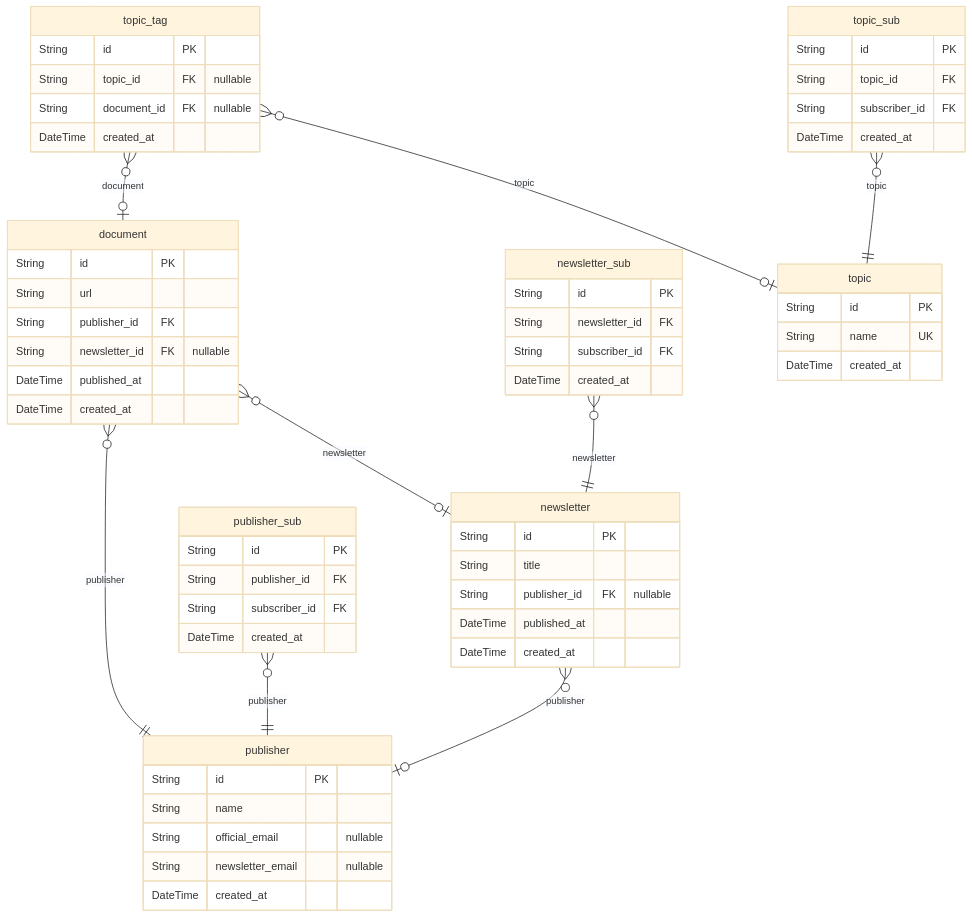
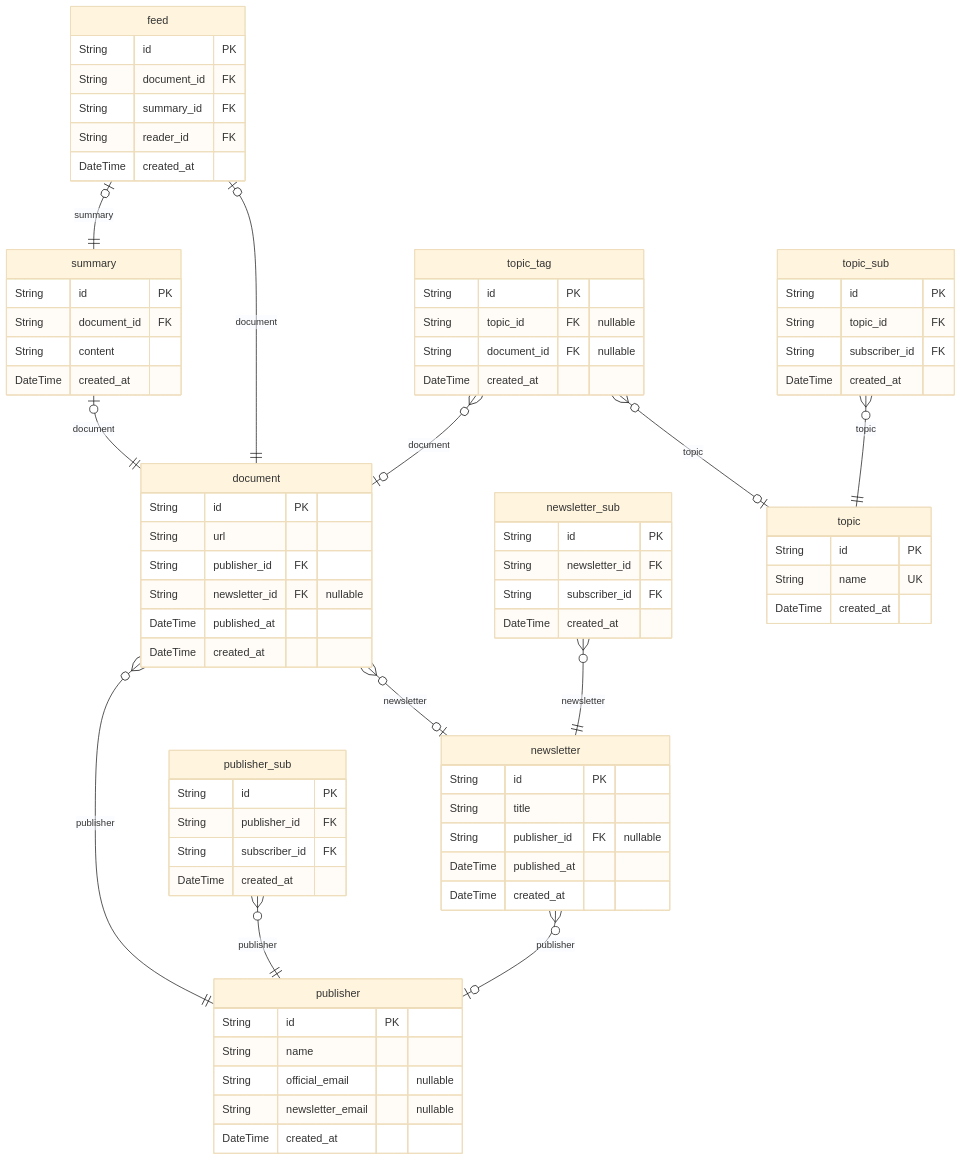
The second of 2 diagrams in docs/ERD.md (Mailly-Project/Mailly-BE), drawn with Mermaid (base theme) before and after one commit. The commit also changed other lines of this file and 2 other files, not shown here.

Commit message:
feat: summary, feed entity

````diff
--- a/docs/ERD.md
+++ b/docs/ERD.md
@@ -178,62 +178,78 @@
 ```mermaid
 erDiagram
 "document" {
   String id PK
   String url
   String publisher_id FK
   String newsletter_id FK "nullable"
   DateTime published_at
+  DateTime created_at
+}
+"summary" {
+  String id PK
+  String document_id FK
+  String content
+  DateTime created_at
+}
+"feed" {
+  String id PK
+  String document_id FK
+  String summary_id FK
+  String reader_id FK
   DateTime created_at
 }
 "publisher" {
   String id PK
   String name
   String official_email "nullable"
   String newsletter_email "nullable"
   DateTime created_at
 }
 "publisher_sub" {
   String id PK
   String publisher_id FK
   String subscriber_id FK
   DateTime created_at
 }
 "newsletter" {
   String id PK
   String title
   String publisher_id FK "nullable"
   DateTime published_at
   DateTime created_at
 }
 "newsletter_sub" {
   String id PK
   String newsletter_id FK
   String subscriber_id FK
   DateTime created_at
 }
 "topic" {
   String id PK
   String name UK
   DateTime created_at
 }
 "topic_tag" {
   String id PK
   String topic_id FK "nullable"
   String document_id FK "nullable"
   DateTime created_at
 }
 "topic_sub" {
   String id PK
   String topic_id FK
   String subscriber_id FK
   DateTime created_at
 }
 "document" }o--|| "publisher" : publisher
 "document" }o--o| "newsletter" : newsletter
+"summary" |o--|| "document" : document
+"feed" |o--|| "document" : document
+"feed" |o--|| "summary" : summary
 "publisher_sub" }o--|| "publisher" : publisher
 "newsletter" }o--o| "publisher" : publisher
 "newsletter_sub" }o--|| "newsletter" : newsletter
 "topic_tag" }o--o| "topic" : topic
 "topic_tag" }o--o| "document" : document
 "topic_sub" }o--|| "topic" : topic
 ```
````
